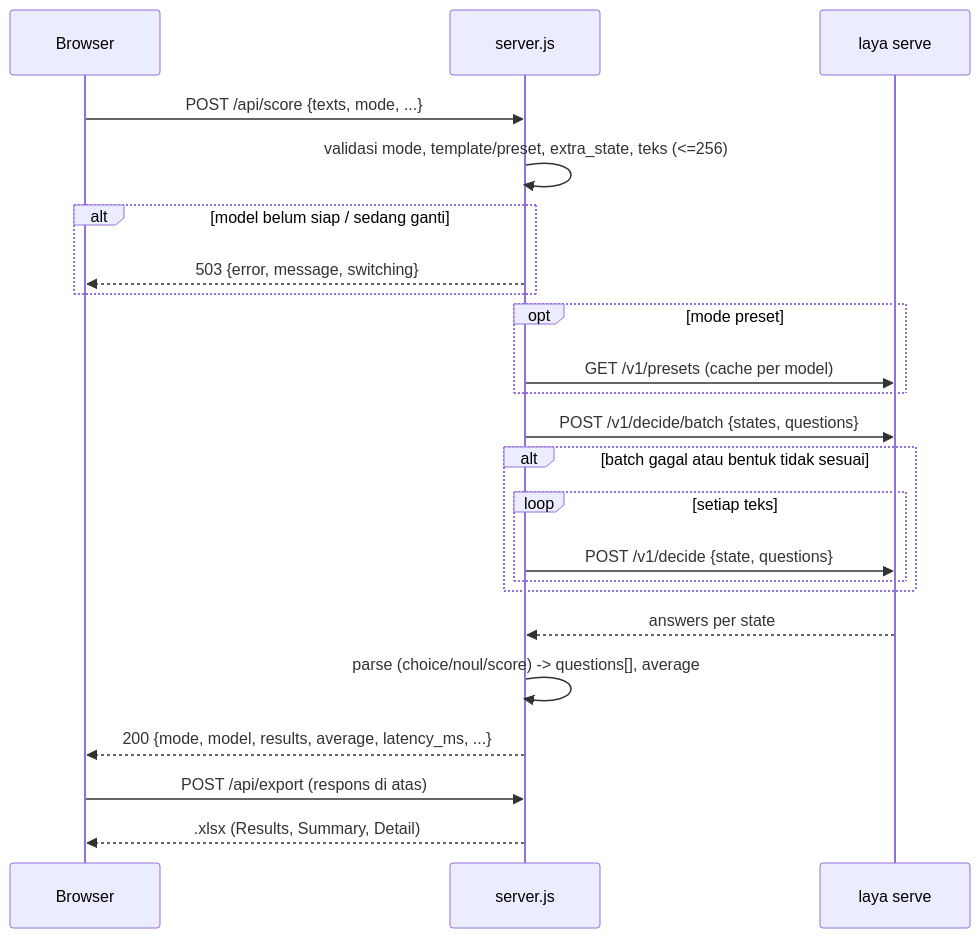
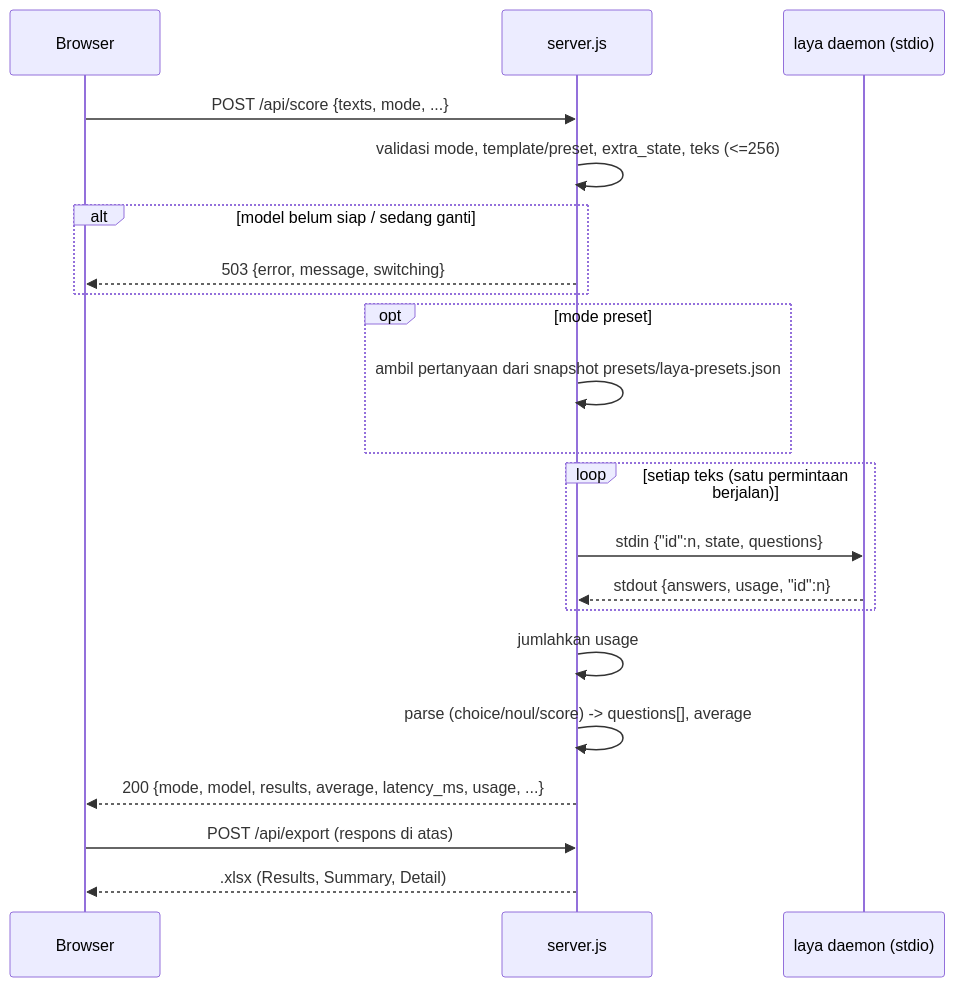
The second of 3 diagrams in docs/05_ARCHITECTURE.md (Cloud-Dark/sentiment-with-decission-model), drawn with Mermaid before and after one commit. The commit also changed other lines of this file and 15 other files, not shown here.

First line of the commit message:
refactor: run laya as stdio daemon so the app exposes a single port

````diff
--- a/docs/05_ARCHITECTURE.md
+++ b/docs/05_ARCHITECTURE.md
@@ -53,25 +58,23 @@
 ```mermaid
 sequenceDiagram
   participant U as Browser
   participant S as server.js
-  participant L as laya serve
+  participant L as laya daemon (stdio)
   U->>S: POST /api/score {texts, mode, ...}
   S->>S: validasi mode, template/preset, extra_state, teks (<=256)
   alt model belum siap / sedang ganti
     S-->>U: 503 {error, message, switching}
   end
   opt mode preset
-    S->>L: GET /v1/presets (cache per model)
+    S->>S: ambil pertanyaan dari snapshot presets/laya-presets.json
   end
-  S->>L: POST /v1/decide/batch {states, questions}
-  alt batch gagal atau bentuk tidak sesuai
-    loop setiap teks
-      S->>L: POST /v1/decide {state, questions}
-    end
+  loop setiap teks (satu permintaan berjalan)
+    S->>L: stdin {"id":n, state, questions}
+    L-->>S: stdout {answers, usage, "id":n}
   end
-  L-->>S: answers per state
+  S->>S: jumlahkan usage
   S->>S: parse (choice/noul/score) -> questions[], average
-  S-->>U: 200 {mode, model, results, average, latency_ms, ...}
+  S-->>U: 200 {mode, model, results, average, latency_ms, usage, ...}
   U->>S: POST /api/export (respons di atas)
   S-->>U: .xlsx (Results, Summary, Detail)
 ```
````
